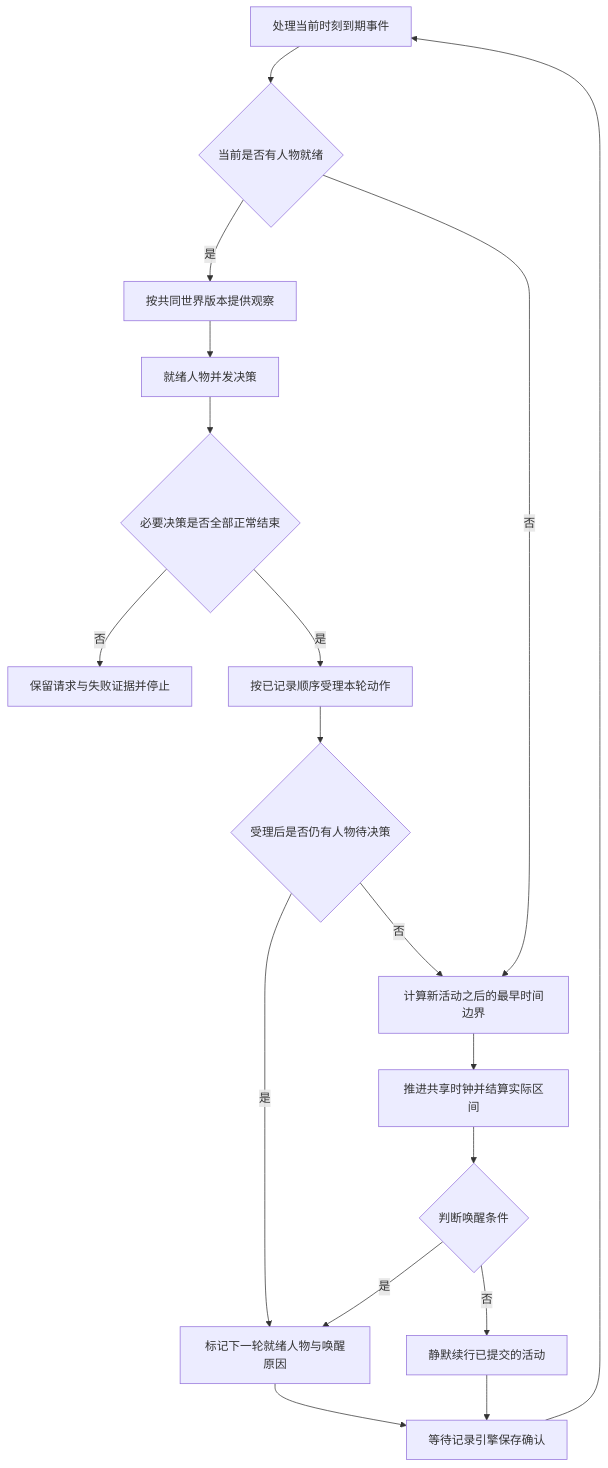
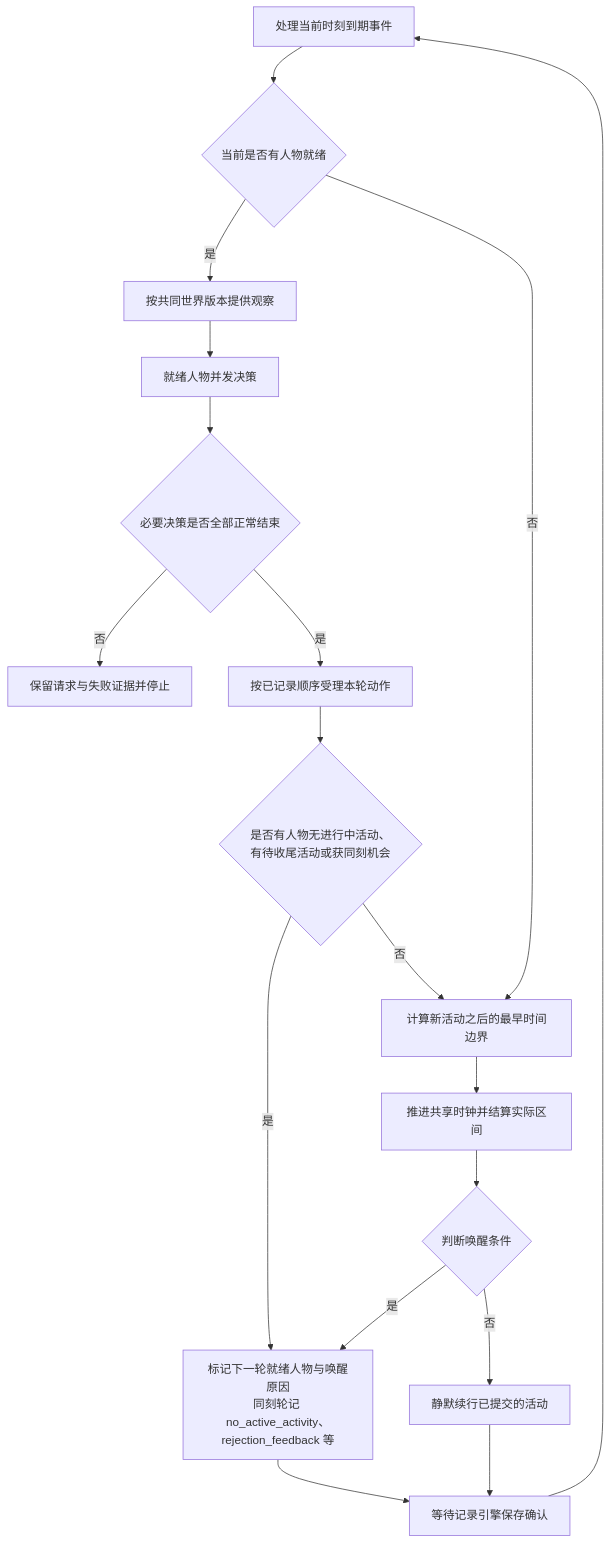
The fifth of 9 diagrams in docs/design/04-simulation-engine.md (HoldThatThgt/WorldMock), drawn with Mermaid before and after one commit. The commit also changed other lines of this file and 28 other files, not shown here.

````diff
--- a/docs/design/04-simulation-engine.md
+++ b/docs/design/04-simulation-engine.md
@@ -314,20 +340,20 @@
 ```mermaid
 flowchart TB
     D[处理当前时刻到期事件] --> READY{当前是否有人物就绪}
     READY -->|是| O[按共同世界版本提供观察]
     READY -->|否| N[计算新活动之后的最早时间边界]
     O --> A[就绪人物并发决策]
     A --> C{必要决策是否全部正常结束}
     C -->|否| F[保留请求与失败证据并停止]
     C -->|是| Q[按已记录顺序受理本轮动作]
-    Q --> R{受理后是否仍有人物待决策}
-    R -->|是| K[标记下一轮就绪人物与唤醒原因]
+    Q --> R{是否有人物无进行中活动、有待收尾活动或获同刻机会}
+    R -->|是| K[标记下一轮就绪人物与唤醒原因<br/>同刻轮记 no_active_activity、rejection_feedback 等]
     R -->|否| N
     N --> T[推进共享时钟并结算实际区间]
     T --> W{判断唤醒条件}
     W -->|是| K
     W -->|否| S[静默续行已提交的活动]
     K --> P[等待记录引擎保存确认]
     S --> P
     P --> D
 ```
````
